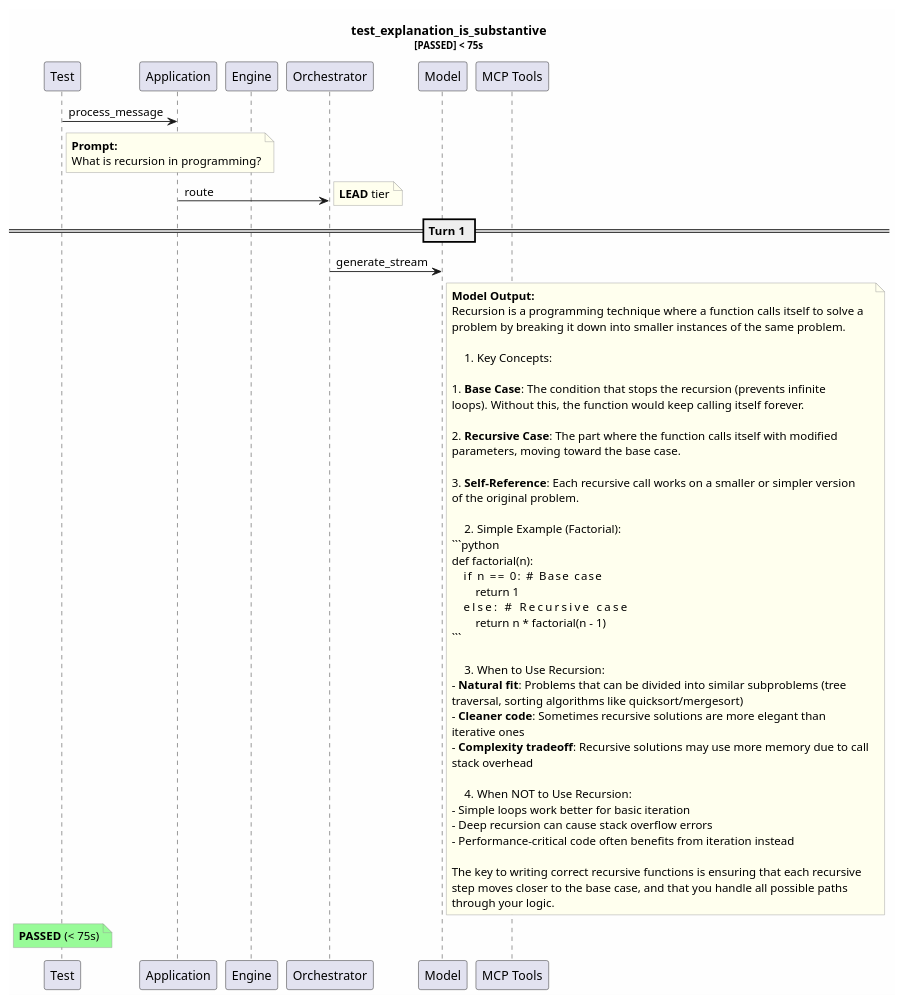
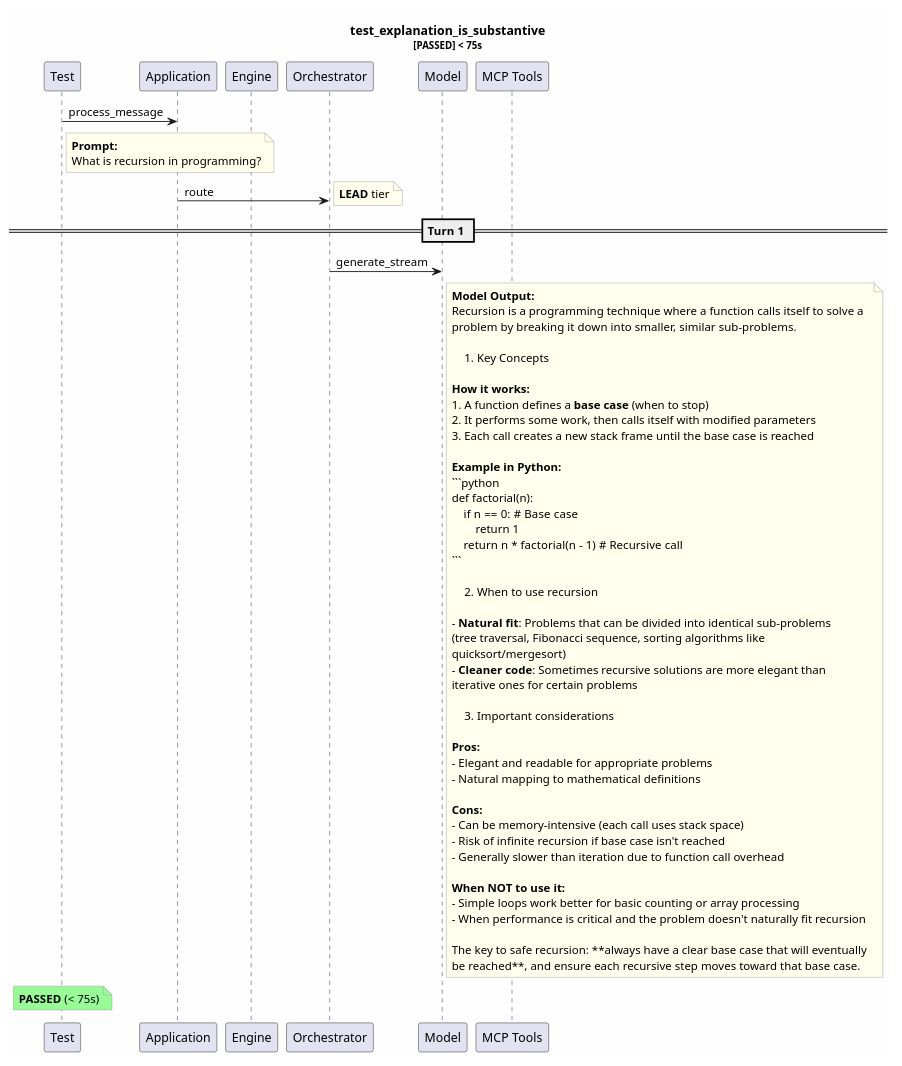
Before and after one commit to tvanfossen/entropic: the diagram in test-reports/logs/test_explanation_is_substantive/test_explanation_is_substantive.puml, drawn with PlantUML. The commit also changed 10 other files, not shown here.

````diff
--- a/test-reports/logs/test_explanation_is_substantive/test_explanation_is_substantive.puml
+++ b/test-reports/logs/test_explanation_is_substantive/test_explanation_is_substantive.puml
@@ -1,69 +1,73 @@
 @startuml
 skinparam backgroundColor #FEFEFE
 skinparam noteBorderColor #999999
 skinparam noteBackgroundColor #FFFFEE
 title test_explanation_is_substantive\n<size:11>[PASSED] < 75s</size>
 
 participant "Test" as T
 participant "Application" as App
 participant "Engine" as Eng
 participant "Orchestrator" as Orch
 participant "Model" as Mdl
 participant "MCP Tools" as MCP
 
 T -> App: process_message
 note right of T
   **Prompt:**
   What is recursion in programming?
 end note
 App -> Orch: route
 note right: **LEAD** tier
 == Turn 1 ==
 Orch -> Mdl: generate_stream
 note right of Mdl
   **Model Output:**
   Recursion is a programming technique where a function calls itself to solve a 
-  problem by breaking it down into smaller instances of the same problem.
+  problem by breaking it down into smaller, similar sub-problems.
   
-  ## Key Concepts:
+  ## Key Concepts
   
-  1. **Base Case**: The condition that stops the recursion (prevents infinite 
-  loops). Without this, the function would keep calling itself forever.
+  **How it works:**
+  1. A function defines a **base case** (when to stop)
+  2. It performs some work, then calls itself with modified parameters
+  3. Each call creates a new stack frame until the base case is reached
   
-  2. **Recursive Case**: The part where the function calls itself with modified 
-  parameters, moving toward the base case.
-  
-  3. **Self-Reference**: Each recursive call works on a smaller or simpler version
-  of the original problem.
-  
-  ## Simple Example (Factorial):
+  **Example in Python:**
   ```python
   def factorial(n):
-      if n == 0:          # Base case
+      if n == 0:  # Base case
           return 1
-      else:                 # Recursive case
-          return n * factorial(n - 1)
+      return n * factorial(n - 1)  # Recursive call
   ```
   
-  ## When to Use Recursion:
-  - **Natural fit**: Problems that can be divided into similar subproblems (tree 
-  traversal, sorting algorithms like quicksort/mergesort)
+  ## When to use recursion
+  
+  - **Natural fit**: Problems that can be divided into identical sub-problems 
+  (tree traversal, Fibonacci sequence, sorting algorithms like 
+  quicksort/mergesort)
   - **Cleaner code**: Sometimes recursive solutions are more elegant than 
-  iterative ones
-  - **Complexity tradeoff**: Recursive solutions may use more memory due to call 
-  stack overhead
+  iterative ones for certain problems
   
-  ## When NOT to Use Recursion:
-  - Simple loops work better for basic iteration
-  - Deep recursion can cause stack overflow errors
-  - Performance-critical code often benefits from iteration instead
+  ## Important considerations
   
-  The key to writing correct recursive functions is ensuring that each recursive 
-  step moves closer to the base case, and that you handle all possible paths 
-  through your logic.
+  **Pros:**
+  - Elegant and readable for appropriate problems
+  - Natural mapping to mathematical definitions
+  
+  **Cons:**
+  - Can be memory-intensive (each call uses stack space)
+  - Risk of infinite recursion if base case isn't reached
+  - Generally slower than iteration due to function call overhead
+  
+  **When NOT to use it:**
+  - Simple loops work better for basic counting or array processing
+  - When performance is critical and the problem doesn't naturally fit recursion
+  
+  The key to safe recursion: **always have a clear base case that will eventually 
+  be reached**, and ensure each recursive step moves toward that base case.
 end note
 note over T #palegreen
   **PASSED** (< 75s)
 end note
 
 @enduml
````
